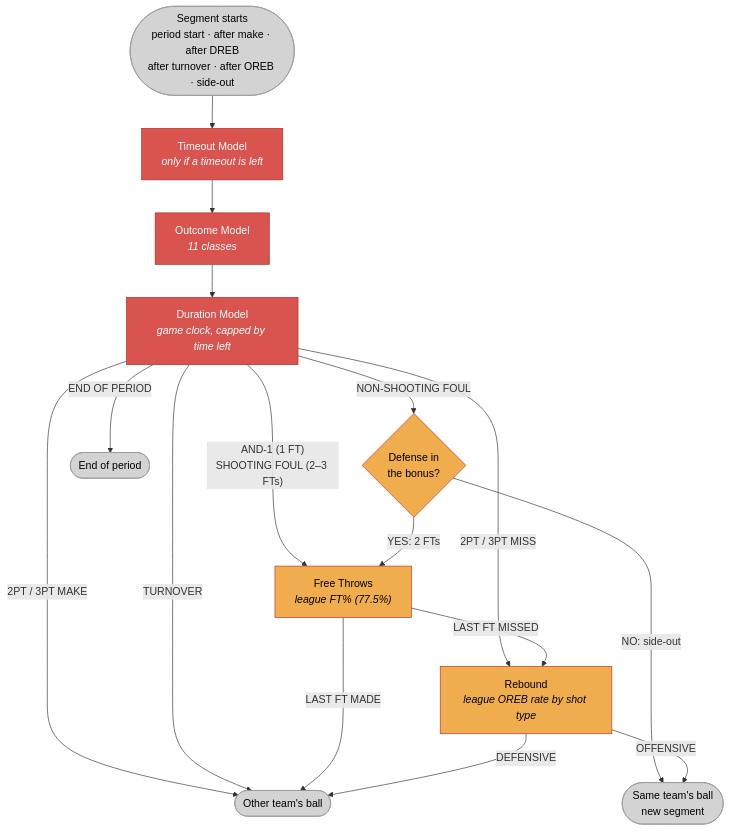
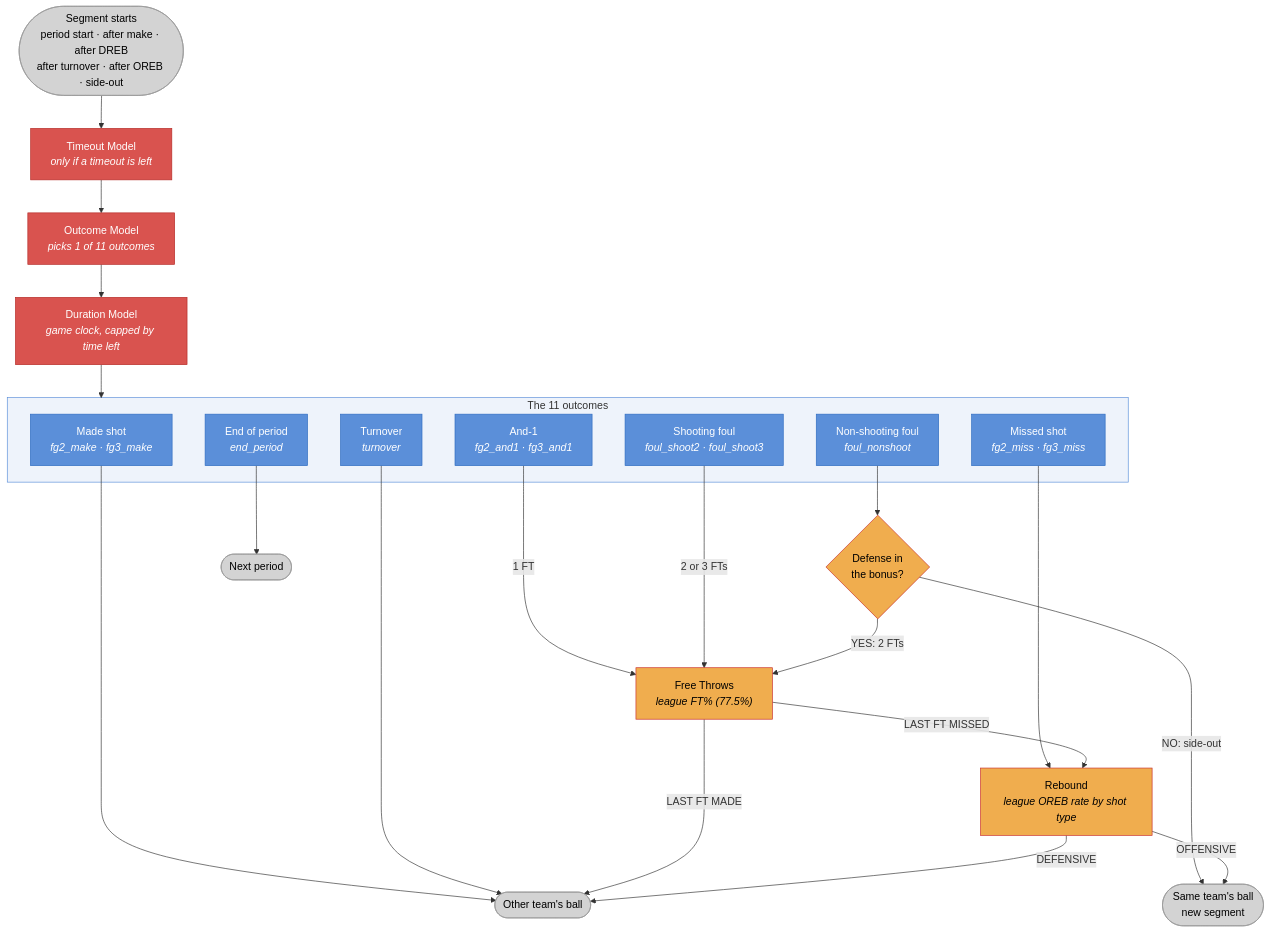
The diagram in README.md (cballard18/nba-pbp-sim-general), drawn with Mermaid before and after one commit. The commit also changed other lines of this file, not shown here.

Commit message:
update readme chart

````diff
--- a/README.md
+++ b/README.md
@@ -105,34 +105,49 @@
 ```mermaid
 flowchart TD
     start(["Segment starts<br/>period start · after make · after DREB<br/>after turnover · after OREB · side-out"])
     to["Timeout Model<br/><i>only if a timeout is left</i>"]
-    out["Outcome Model<br/><i>11 classes</i>"]
+    out["Outcome Model<br/><i>picks 1 of 11 outcomes</i>"]
     dur["Duration Model<br/><i>game clock, capped by time left</i>"]
+
+    subgraph outcomes ["The 11 outcomes"]
+        make["Made shot<br/><i>fg2_make · fg3_make</i>"]
+        miss["Missed shot<br/><i>fg2_miss · fg3_miss</i>"]
+        and1["And-1<br/><i>fg2_and1 · fg3_and1</i>"]
+        sf["Shooting foul<br/><i>foul_shoot2 · foul_shoot3</i>"]
+        nsf["Non-shooting foul<br/><i>foul_nonshoot</i>"]
+        tov["Turnover<br/><i>turnover</i>"]
+        eop["End of period<br/><i>end_period</i>"]
+    end
+
     bonus{"Defense in<br/>the bonus?"}
     ft["Free Throws<br/><i>league FT% (77.5%)</i>"]
     reb["Rebound<br/><i>league OREB rate by shot type</i>"]
     same(["Same team's ball<br/>new segment"])
     other(["Other team's ball"])
-    pend(["End of period"])
+    pend(["Next period"])
 
-    start --> to --> out --> dur
-    dur -->|"2PT / 3PT MAKE"| other
-    dur -->|"2PT / 3PT MISS"| reb
-    dur -->|"AND-1 (1 FT)<br/>SHOOTING FOUL (2–3 FTs)"| ft
-    dur -->|"NON-SHOOTING FOUL"| bonus
-    dur -->|"TURNOVER"| other
-    dur -->|"END OF PERIOD"| pend
+    start --> to --> out --> dur --> outcomes
+    make --> other
+    miss --> reb
+    and1 -->|"1 FT"| ft
+    sf -->|"2 or 3 FTs"| ft
+    nsf --> bonus
+    tov --> other
+    eop --> pend
     bonus -->|"YES: 2 FTs"| ft
     bonus -->|"NO: side-out"| same
     ft -->|"LAST FT MADE"| other
     ft -->|"LAST FT MISSED"| reb
     reb -->|"OFFENSIVE"| same
     reb -->|"DEFENSIVE"| other
 
     classDef model fill:#d9534f,stroke:#b52b27,color:#fff
+    classDef outcome fill:#5b8fd9,stroke:#2e6bc0,color:#fff
     classDef rule fill:#f0ad4e,stroke:#c9302c,color:#000
     classDef term fill:#d3d3d3,stroke:#999,color:#000
     class to,out,dur model
+    class make,miss,and1,sf,nsf,tov,eop outcome
     class bonus,ft,reb rule
     class start,same,other,pend term
+    style outcomes fill:#eef3fb,stroke:#5b8fd9
 ```
````
